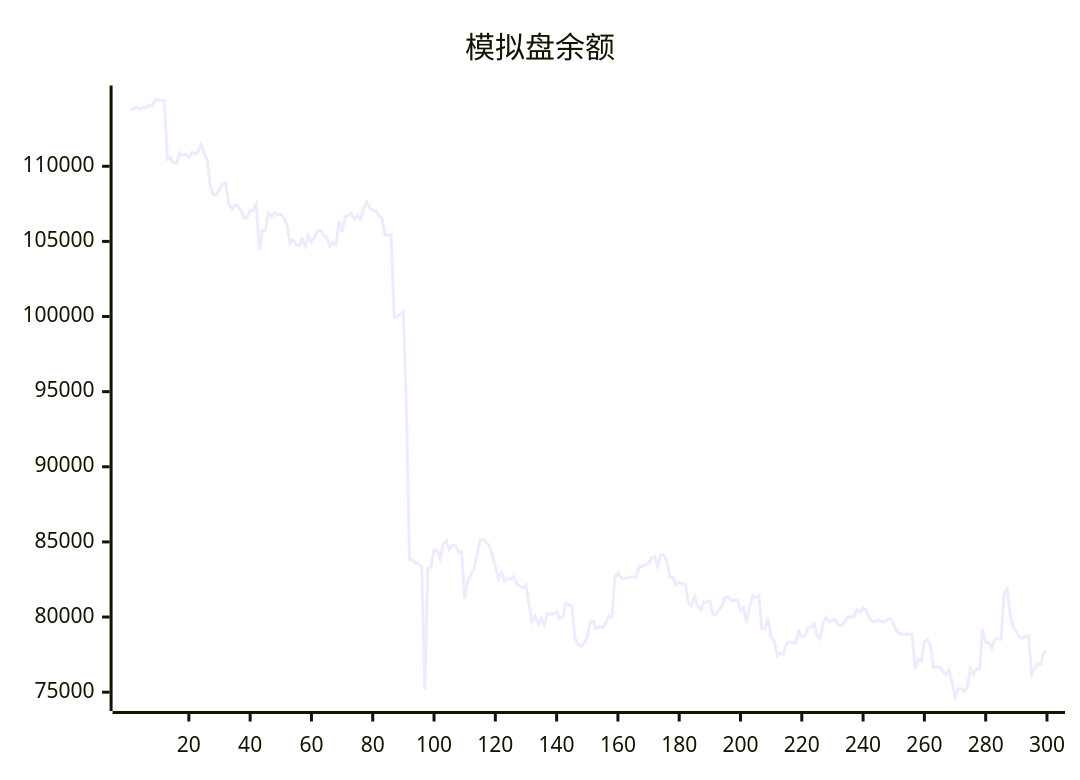
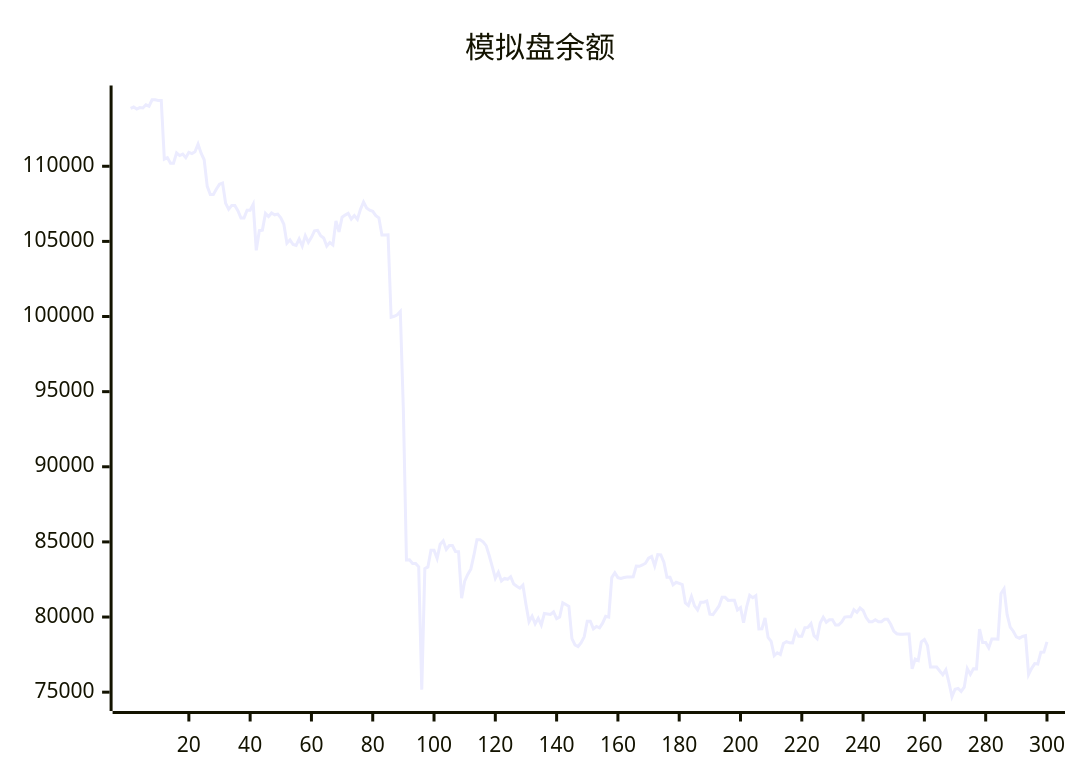
One commit to aahl/ai-trading changed the diagram in README.md. Above: the diagram before and after it, drawn with Mermaid. The commit also changed other lines of this file and 1 other file, not shown here.

````diff
--- a/README.md
+++ b/README.md
@@ -5,5 +5,5 @@
 ```mermaid
 xychart
     title "模拟盘余额"
-    line [113698,113853,113942,113812,113908,113877,114091,113998,114427,114422,114384,114384,110477,110576,110198,110198,110890,110712,110812,110569,110929,110847,110968,111478,110870,110433,108661,108116,108115,108485,108797,108877,107536,107134,107393,107393,107046,106565,106565,107081,107081,107478,104404,105715,105749,106866,106651,106889,106771,106816,106565,106141,104876,105103,104796,104734,105169,104690,105380,104941,105272,105709,105739,105374,105227,104691,104924,104762,106364,105628,106608,106748,106872,106485,106721,106468,107132,107620,107224,107080,107001,106717,106567,105431,105431,105440,99950,100017,100113,100337,93749,83795,83807,83567,83567,83342,75168,83222,83336,84448,84449,83896,84839,85065,84499,84757,84757,84364,84347,81254,82385,82835,83184,84099,85150,85150,85002,84751,84096,83356,82582,82983,82404,82572,82512,82688,82200,82047,81920,82125,80840,79688,80060,79552,79920,79470,80236,80208,80170,80336,79894,80006,80954,80837,80712,78561,78139,78037,78293,78682,79720,79720,79214,79372,79279,79591,80046,79993,82625,82950,82626,82571,82633,82670,82670,82681,83386,83378,83464,83579,83920,84037,83402,84160,84142,83652,82655,82655,82145,82315,82243,82163,80934,80770,81371,80742,80468,80989,80989,81067,80191,80155,80450,80737,81309,81309,81106,81119,81119,80471,80631,79624,80670,81448,81290,81429,79212,79222,79940,78643,78380,77432,77623,77504,78235,78358,78284,78277,79048,78714,78714,79290,79308,79567,78763,78563,79603,79988,79652,79813,79813,79476,79469,79673,79995,80015,80015,80486,80314,80600,80436,79966,79689,79689,79819,79692,79692,79850,79850,79518,79071,78889,78850,78850,78878,78878,76554,77202,77103,78357,78510,78106,76678,76677,76672,76411,76159,76485,75656,74695,75197,75246,75052,75334,76564,76179,76553,76551,79196,78300,78300,77944,78531,78531,78521,81564,81884,80160,79335,79055,78675,78580,78708,78764,76179,76586,76902,76876,77658,77669]
+    line [113853,113942,113812,113908,113877,114091,113998,114427,114422,114384,114384,110477,110576,110198,110198,110890,110712,110812,110569,110929,110847,110968,111478,110870,110433,108661,108116,108115,108485,108797,108877,107536,107134,107393,107393,107046,106565,106565,107081,107081,107478,104404,105715,105749,106866,106651,106889,106771,106816,106565,106141,104876,105103,104796,104734,105169,104690,105380,104941,105272,105709,105739,105374,105227,104691,104924,104762,106364,105628,106608,106748,106872,106485,106721,106468,107132,107620,107224,107080,107001,106717,106567,105431,105431,105440,99950,100017,100113,100337,93749,83795,83807,83567,83567,83342,75168,83222,83336,84448,84449,83896,84839,85065,84499,84757,84757,84364,84347,81254,82385,82835,83184,84099,85150,85150,85002,84751,84096,83356,82582,82983,82404,82572,82512,82688,82200,82047,81920,82125,80840,79688,80060,79552,79920,79470,80236,80208,80170,80336,79894,80006,80954,80837,80712,78561,78139,78037,78293,78682,79720,79720,79214,79372,79279,79591,80046,79993,82625,82950,82626,82571,82633,82670,82670,82681,83386,83378,83464,83579,83920,84037,83402,84160,84142,83652,82655,82655,82145,82315,82243,82163,80934,80770,81371,80742,80468,80989,80989,81067,80191,80155,80450,80737,81309,81309,81106,81119,81119,80471,80631,79624,80670,81448,81290,81429,79212,79222,79940,78643,78380,77432,77623,77504,78235,78358,78284,78277,79048,78714,78714,79290,79308,79567,78763,78563,79603,79988,79652,79813,79813,79476,79469,79673,79995,80015,80015,80486,80314,80600,80436,79966,79689,79689,79819,79692,79692,79850,79850,79518,79071,78889,78850,78850,78878,78878,76554,77202,77103,78357,78510,78106,76678,76677,76672,76411,76159,76485,75656,74695,75197,75246,75052,75334,76564,76179,76553,76551,79196,78300,78300,77944,78531,78531,78521,81564,81884,80160,79335,79055,78675,78580,78708,78764,76179,76586,76902,76876,77658,77669,78346]
 ```
````
